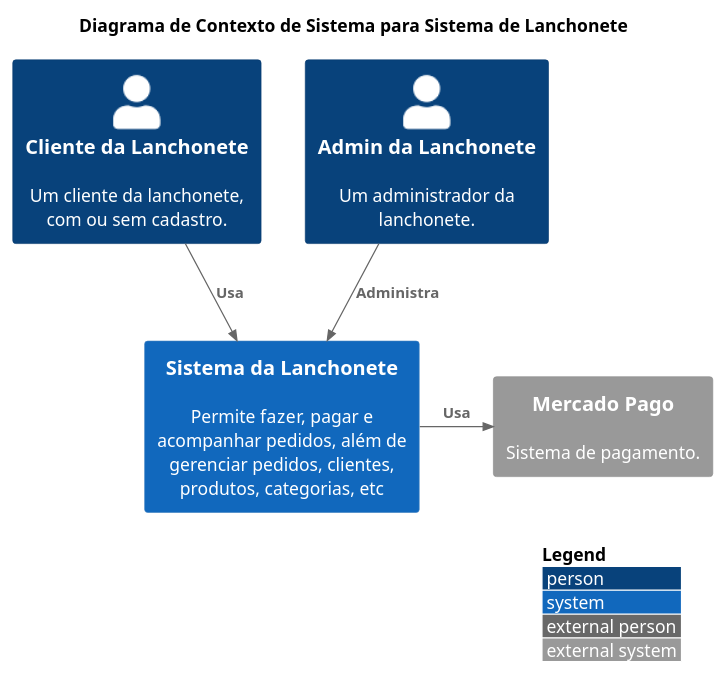
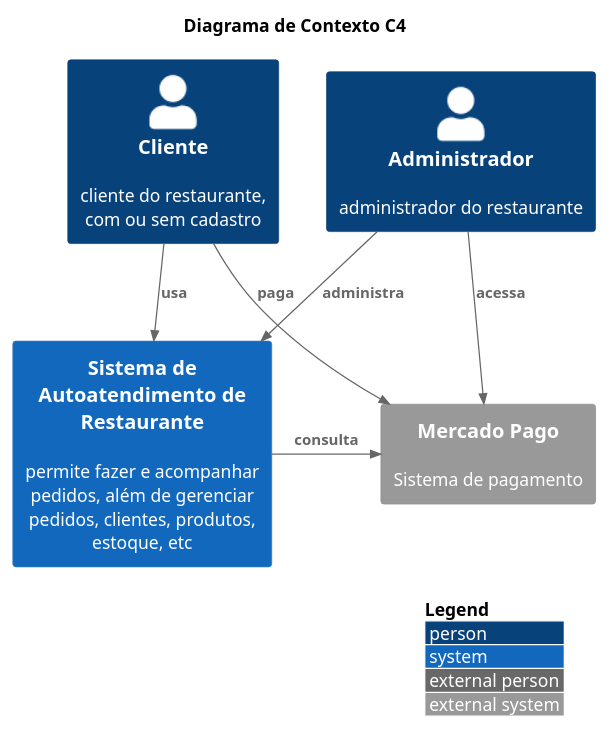
Before and after one commit to FIAP-3SOAT-G15/tech-challenge: the diagram in docs/puml/context.puml, drawn with PlantUML. The commit also changed 18 other files, not shown here.

```diff
--- a/docs/puml/context.puml
+++ b/docs/puml/context.puml
@@ -1,17 +1,20 @@
 @startuml
 !include https://raw.githubusercontent.com/plantuml-stdlib/C4-PlantUML/master/C4_Context.puml
 
 LAYOUT_WITH_LEGEND()
 
-title Diagrama de Contexto de Sistema para Sistema de Lanchonete
+title Diagrama de Contexto C4
 
-Person(customer, "Cliente da Lanchonete", "Um cliente da lanchonete,\ncom ou sem cadastro.")
-Person(admin, "Admin da Lanchonete", "Um administrador da lanchonete.")
-System(system, "Sistema da Lanchonete", "Permite fazer, pagar e acompanhar pedidos, além de gerenciar pedidos, clientes, produtos, categorias, etc")
+Person(customer, "Cliente", "cliente do restaurante,\ncom ou sem cadastro")
+Person(admin, "Administrador", "administrador do restaurante")
+System(system, "Sistema de Autoatendimento de Restaurante", "permite fazer e acompanhar pedidos, além de gerenciar pedidos, clientes, produtos, estoque, etc")
 
-System_Ext(payment_system, "Mercado Pago", "Sistema de pagamento.")
+System_Ext(payment_system, "Mercado Pago", "Sistema de pagamento")
 
-Rel(customer, system, "Usa")
-Rel(admin, system, "Administra")
-Rel_Neighbor(system, payment_system, "Usa")
+Rel(customer, system, "usa")
+Rel(customer, payment_system, "paga")
+Rel(admin, system, "administra")
+Rel(admin, payment_system, "acessa")
+Rel_Neighbor(system, payment_system, "consulta")
+
 @enduml
```
